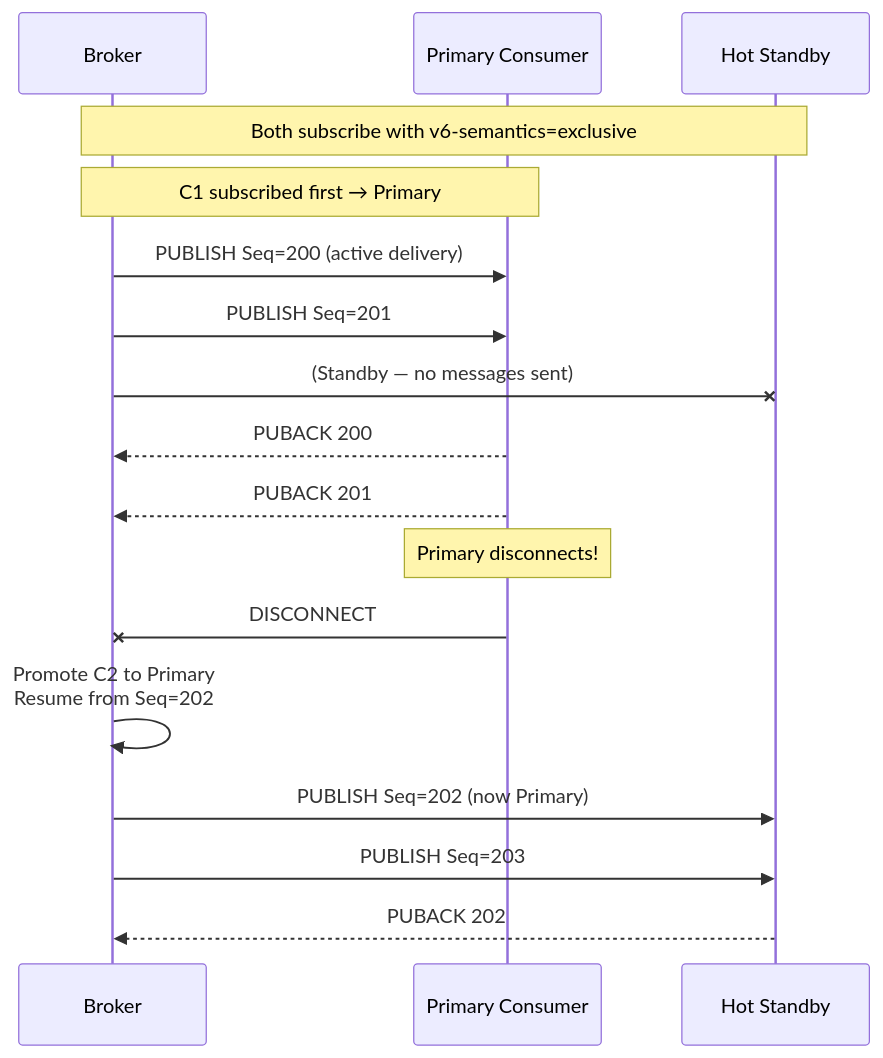
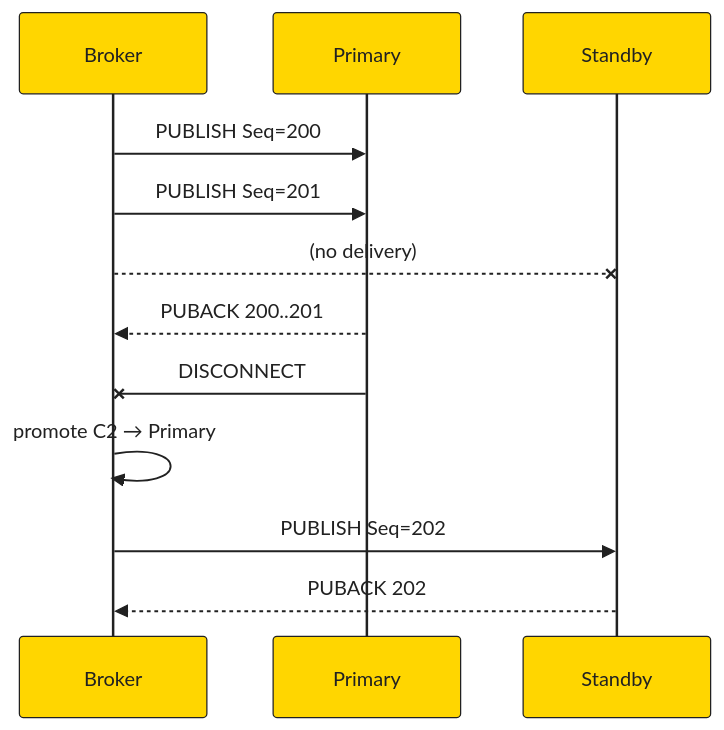
One commit to bsommers/mqtt-6.0-proposal changed the sixth of 8 diagrams in docs/diagrams/packet-flows.md. Above: the diagram before and after it, drawn with Mermaid. The commit also changed other lines of this file and 2 other files, not shown here.

First line of the commit message:
Redesign diagrams with HiveMQ black/yellow, C4, compact layout

````diff
--- a/docs/diagrams/packet-flows.md
+++ b/docs/diagrams/packet-flows.md
@@ -139,25 +115,16 @@
 ```mermaid
+%%{init:{'theme':'base','themeVariables':{'primaryColor':'#FFD600','primaryTextColor':'#212121','primaryBorderColor':'#212121','lineColor':'#212121','actorBkg':'#FFD600','actorBorder':'#212121','actorTextColor':'#212121','noteBkgColor':'#FFF9C4','noteTextColor':'#212121','activationBkgColor':'#FFF9C4','signalColor':'#212121','signalTextColor':'#212121'}}}%%
 sequenceDiagram
     participant B as Broker
-    participant C1 as Primary Consumer
-    participant C2 as Hot Standby
+    participant C1 as Primary
+    participant C2 as Standby
 
-    Note over B,C2: Both subscribe with v6-semantics=exclusive
-    Note over B,C1: C1 subscribed first → Primary
-
-    B->>C1: PUBLISH Seq=200 (active delivery)
+    B->>C1: PUBLISH Seq=200
     B->>C1: PUBLISH Seq=201
-    B-xC2: (Standby — no messages sent)
-
-    C1-->>B: PUBACK 200
-    C1-->>B: PUBACK 201
-
-    Note over C1: Primary disconnects!
+    B--xC2: (no delivery)
+    C1-->>B: PUBACK 200..201
     C1-xB: DISCONNECT
-
-    B->>B: Promote C2 to Primary<br/>Resume from Seq=202
-
-    B->>C2: PUBLISH Seq=202 (now Primary)
-    B->>C2: PUBLISH Seq=203
+    B->>B: promote C2 → Primary
+    B->>C2: PUBLISH Seq=202
     C2-->>B: PUBACK 202
 ```
````
